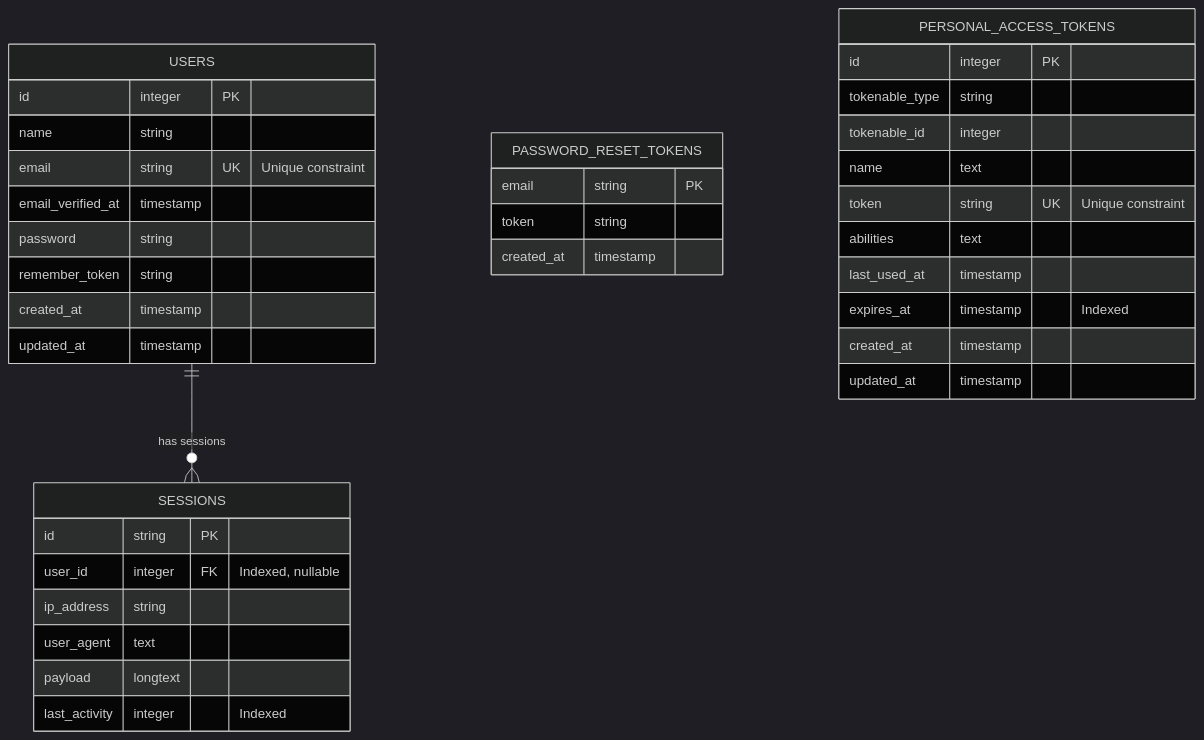
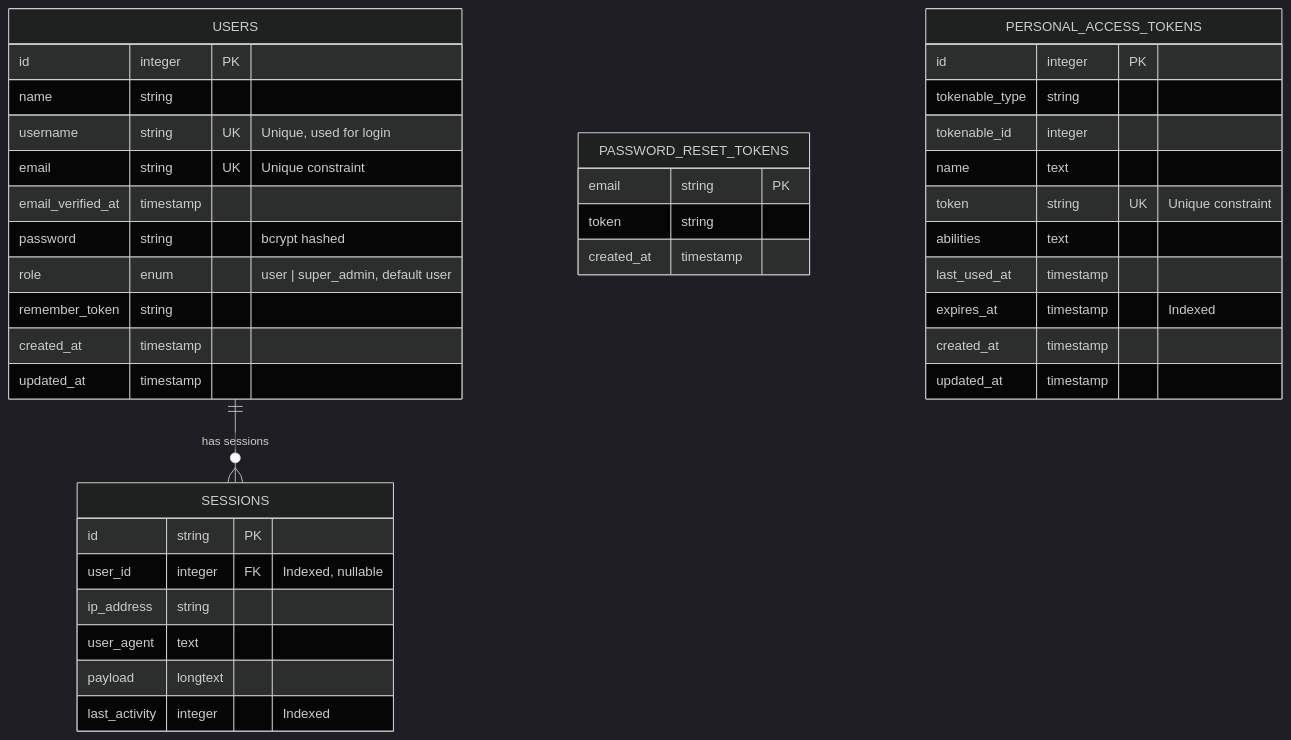
One commit to abhay-byte/phone_finder_hub changed the second of 3 diagrams in docs/er_diagram.md. Above: the diagram before and after it, drawn with Mermaid (dark theme). The commit also changed other lines of this file and 26 other files, not shown here.

````diff
--- a/docs/er_diagram.md
+++ b/docs/er_diagram.md
@@ -189,43 +189,45 @@
 ```mermaid
 erDiagram
     USERS {
         id integer PK
         name string
+        username string UK "Unique, used for login"
         email string UK "Unique constraint"
         email_verified_at timestamp
-        password string
+        password string "bcrypt hashed"
+        role enum "user | super_admin, default user"
         remember_token string
         created_at timestamp
         updated_at timestamp
     }
 
     PASSWORD_RESET_TOKENS {
         email string PK
         token string
         created_at timestamp
     }
 
     SESSIONS {
         id string PK
         user_id integer FK "Indexed, nullable"
         ip_address string
         user_agent text
         payload longtext
         last_activity integer "Indexed"
     }
 
     PERSONAL_ACCESS_TOKENS {
         id integer PK
         tokenable_type string
         tokenable_id integer
         name text
         token string UK "Unique constraint"
         abilities text
         last_used_at timestamp
         expires_at timestamp "Indexed"
         created_at timestamp
         updated_at timestamp
     }
 
     USERS ||--o{ SESSIONS : "has sessions"
 ```
````
